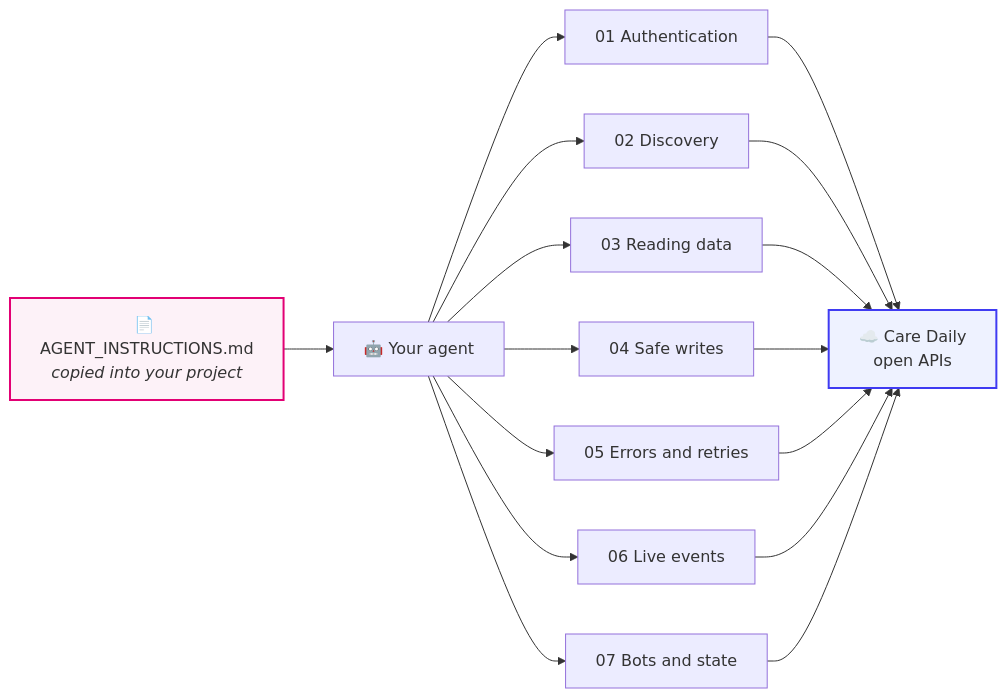
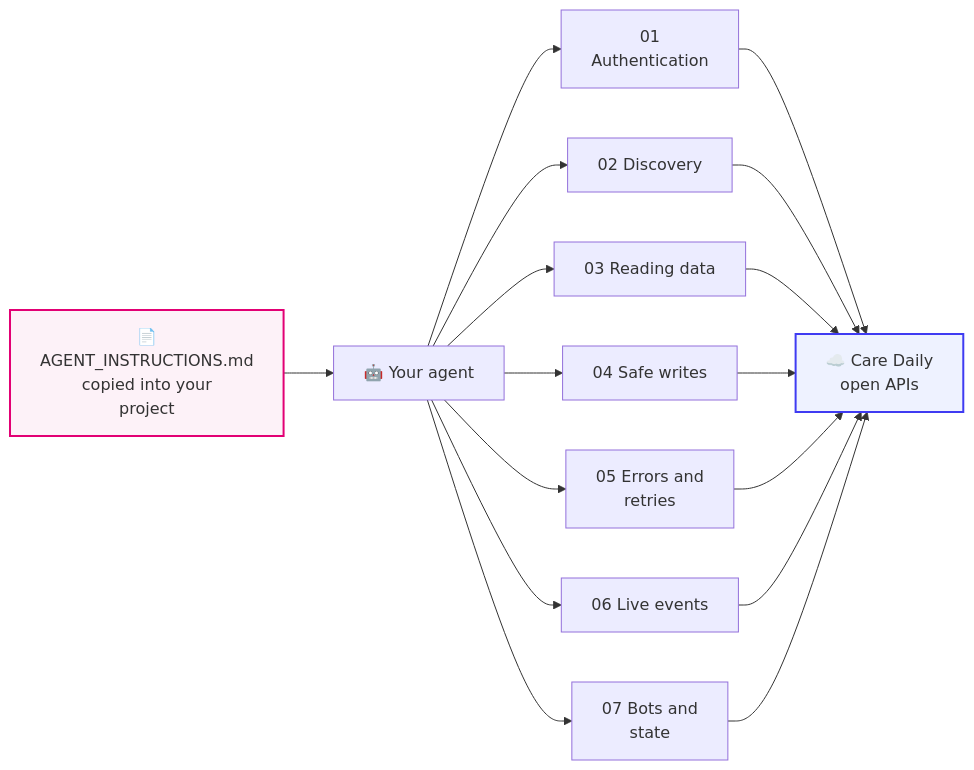
One commit to CareDailyAI/docs changed the diagram in agent_kit/README.md. Above: the diagram before and after it, drawn with Mermaid. The commit also changed 30 other files, not shown here.

First line of the commit message:
Diagrams: wrap every flowchart label to short rows so Chrome stops clipping them

````diff
--- a/agent_kit/README.md
+++ b/agent_kit/README.md
@@ -12,14 +12,14 @@
 ```mermaid
 flowchart LR
-    I["📄 AGENT_INSTRUCTIONS.md<br/><i>copied into your project</i>"] --> A["🤖 Your agent"]
-    A --> K1["01 Authentication"]
+    I["📄<br/>AGENT_INSTRUCTIONS.md<br/>copied into your<br/>project"] --> A["🤖 Your agent"]
+    A --> K1["01<br/>Authentication"]
     A --> K2["02 Discovery"]
     A --> K3["03 Reading data"]
     A --> K4["04 Safe writes"]
-    A --> K5["05 Errors and retries"]
+    A --> K5["05 Errors and<br/>retries"]
     A --> K6["06 Live events"]
-    A --> K7["07 Bots and state"]
+    A --> K7["07 Bots and<br/>state"]
     K1 & K2 & K3 & K4 & K5 & K6 & K7 --> P["☁️ Care Daily<br/>open APIs"]
     style I fill:#fdf2f8,stroke:#e20074,stroke-width:2px
     style P fill:#eef2ff,stroke:#3f3bf2,stroke-width:2px
 ```
````
